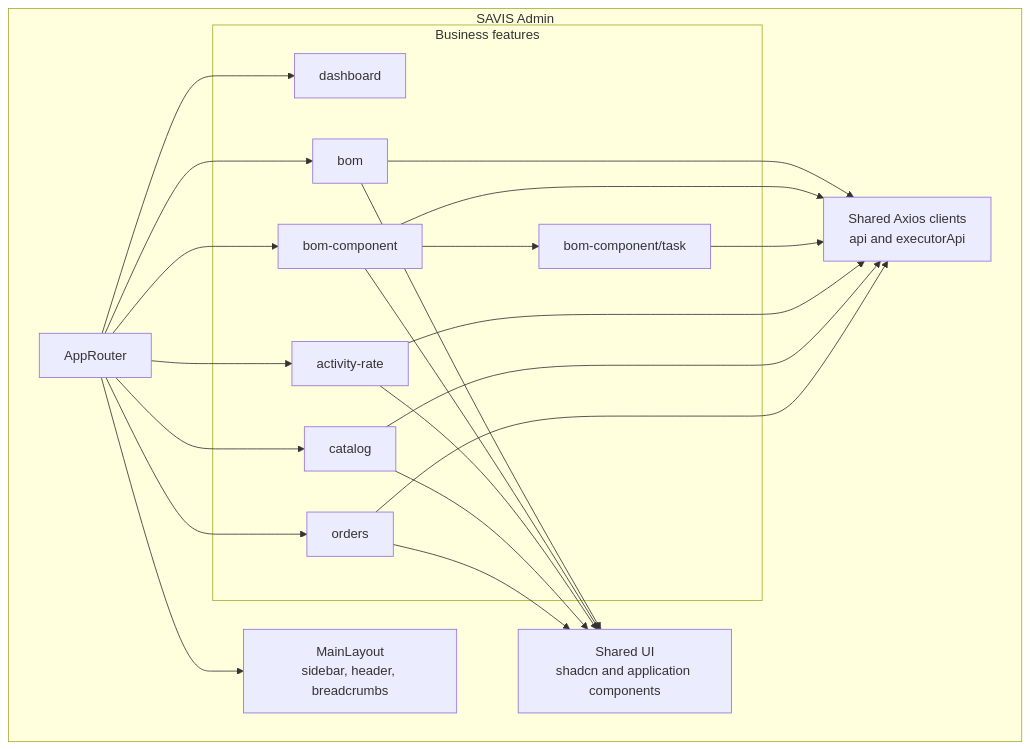
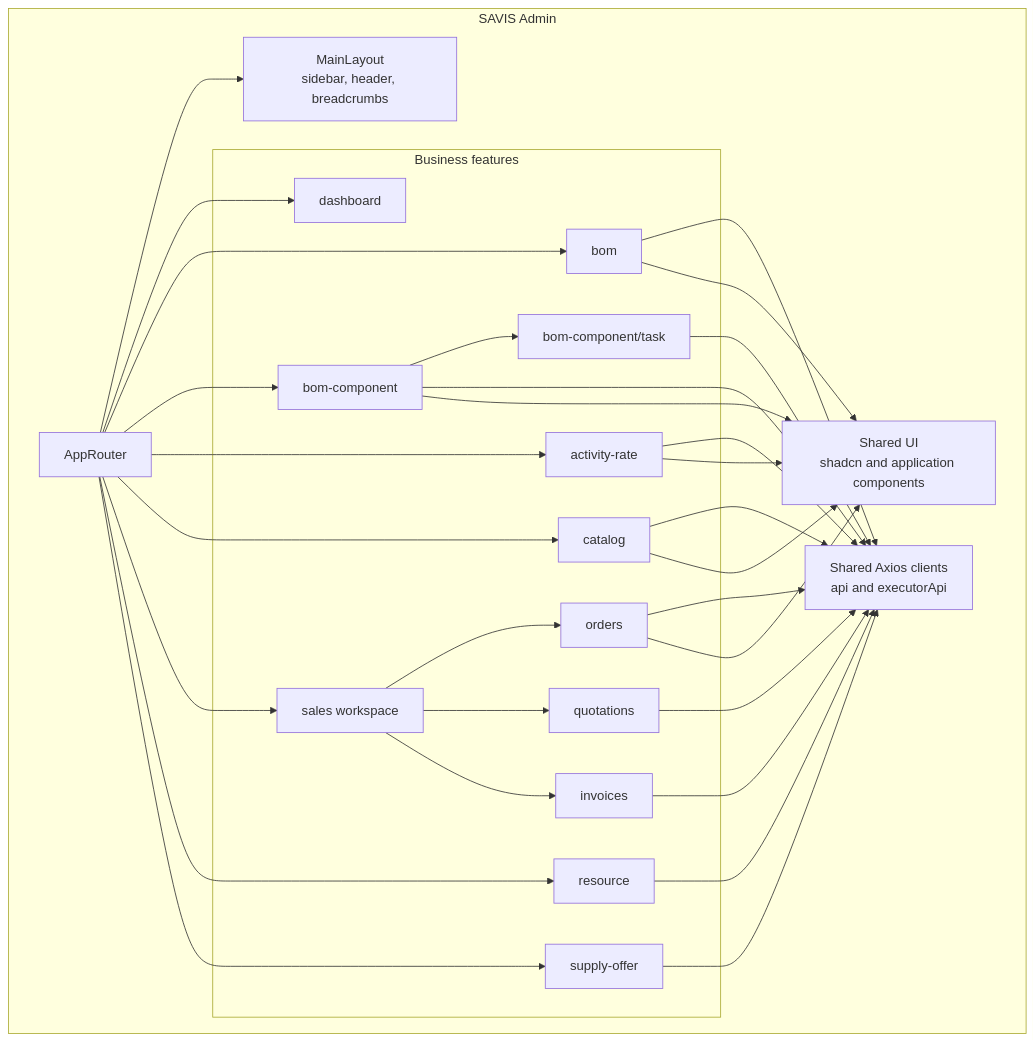
One commit to wiljeanlouis/savis changed the sixth of 20 diagrams in docs/ARCHITECTURE.md. Above: the diagram before and after it, drawn with Mermaid. The commit also changed other lines of this file and 24 other files, not shown here.

````diff
--- a/docs/ARCHITECTURE.md
+++ b/docs/ARCHITECTURE.md
@@ -453,41 +491,55 @@
 ```mermaid
 flowchart TB
   subgraph Admin["SAVIS Admin"]
     Router["AppRouter"]
     Layout["MainLayout<br/>sidebar, header, breadcrumbs"]
     ApiClients["Shared Axios clients<br/>api and executorApi"]
     SharedUi["Shared UI<br/>shadcn and application components"]
 
     subgraph Features["Business features"]
       Dashboard["dashboard"]
       Bom["bom"]
       Components["bom-component"]
       Tasks["bom-component/task"]
       Rates["activity-rate"]
       Catalog["catalog"]
       Orders["orders"]
+      Resources["resource"]
+      SupplyOffers["supply-offer"]
+      Sales["sales workspace"]
+      Quotations["quotations"]
+      Invoices["invoices"]
     end
   end
 
   Router --> Layout
   Router --> Dashboard
   Router --> Bom
   Router --> Components
   Components --> Tasks
   Router --> Rates
   Router --> Catalog
-  Router --> Orders
+  Router --> Sales
+  Sales --> Orders
+  Sales --> Quotations
+  Sales --> Invoices
+  Router --> Resources
+  Router --> SupplyOffers
 
   Bom --> ApiClients
   Components --> ApiClients
   Tasks --> ApiClients
   Rates --> ApiClients
   Catalog --> ApiClients
   Orders --> ApiClients
+  Resources --> ApiClients
+  SupplyOffers --> ApiClients
+  Quotations --> ApiClients
+  Invoices --> ApiClients
 
   Bom --> SharedUi
   Components --> SharedUi
   Rates --> SharedUi
   Catalog --> SharedUi
   Orders --> SharedUi
 ```
````
